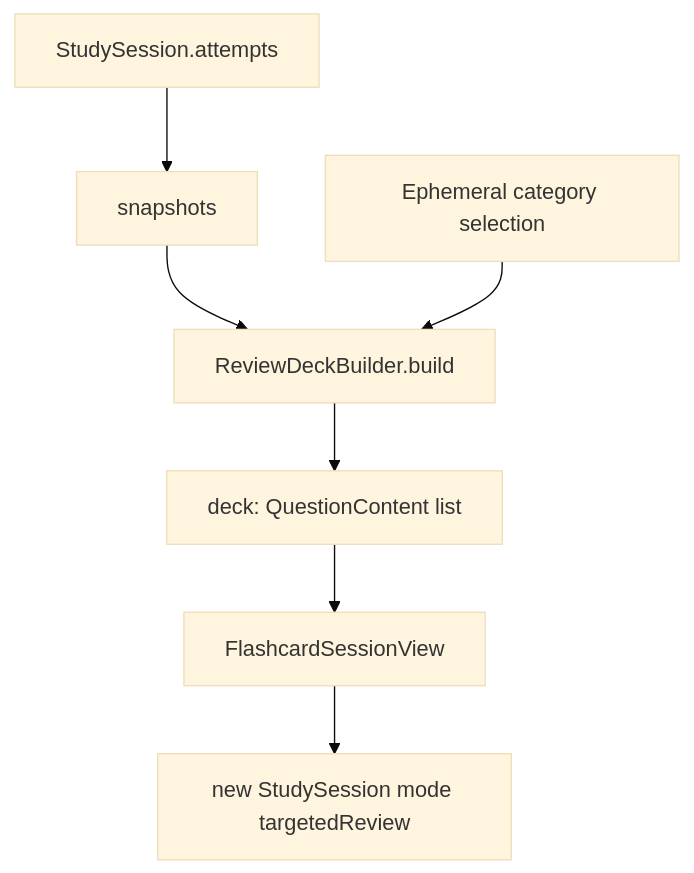
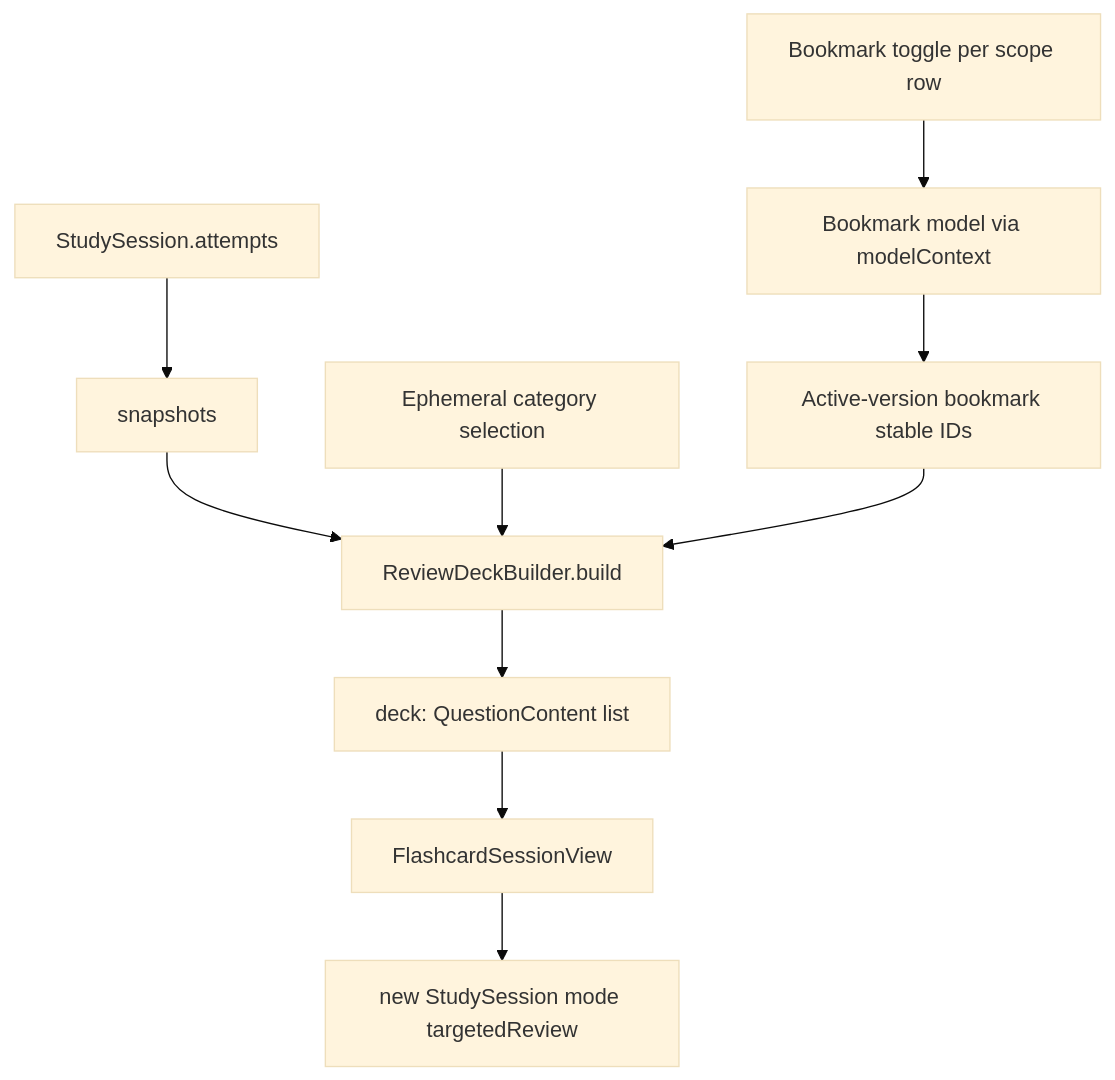
The diagram in docs/architecture/flow-targeted-review.md (AD-Paladins/SwiftyCitizen), drawn with Mermaid (base theme) before and after one commit. The commit also changed other lines of this file and 7 other files, not shown here.

First line of the commit message:
feat(study): add Bookmarked scope and per-question bookmarks to targeted review

````diff
--- a/docs/architecture/flow-targeted-review.md
+++ b/docs/architecture/flow-targeted-review.md
@@ -39,9 +48,12 @@
 ```mermaid
 flowchart TD
     A[StudySession.attempts] --> B[snapshots]
     B --> C[ReviewDeckBuilder.build]
     Cat[Ephemeral category selection] --> C
+    Bk[Active-version bookmark stable IDs] --> C
     C --> D[deck: QuestionContent list]
     D --> E[FlashcardSessionView]
     E --> F[new StudySession mode targetedReview]
+    T[Bookmark toggle per scope row] --> M[Bookmark model via modelContext]
+    M --> Bk
 ```
````
